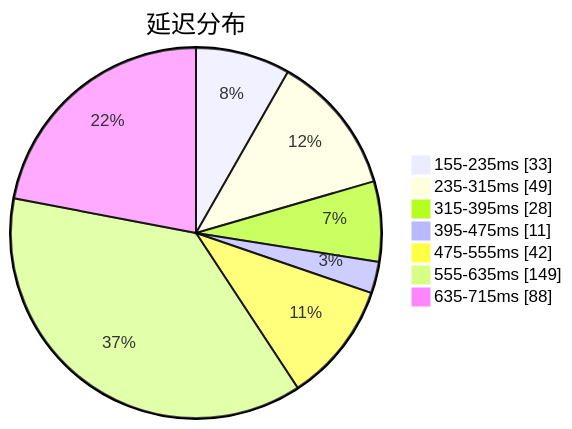
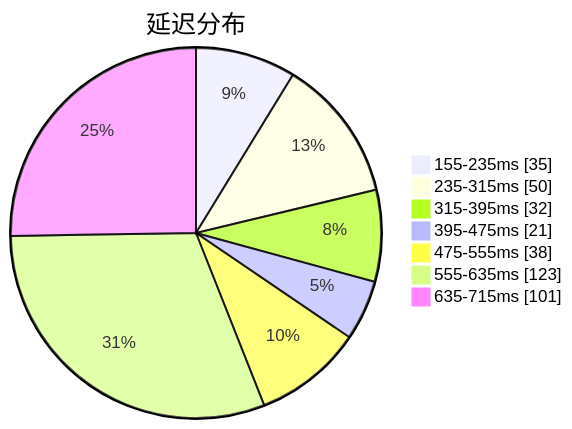
Before and after one commit to qjlxg/airport: the first of 3 diagrams in subs/statistics/tested_within.md, drawn with Mermaid. The commit also changed other lines of this file and 2 other files, not shown here.

Commit message:
Tested by metaST

````diff
--- a/subs/statistics/tested_within.md
+++ b/subs/statistics/tested_within.md
@@ -2,11 +2,11 @@
 ```mermaid
 pie showData
 title 延迟分布
-"155-235ms" : 33
-"235-315ms" : 49
-"315-395ms" : 28
-"395-475ms" : 11
-"475-555ms" : 42
-"555-635ms" : 149
-"635-715ms" : 88
+"155-235ms" : 35
+"235-315ms" : 50
+"315-395ms" : 32
+"395-475ms" : 21
+"475-555ms" : 38
+"555-635ms" : 123
+"635-715ms" : 101
 ```
````
